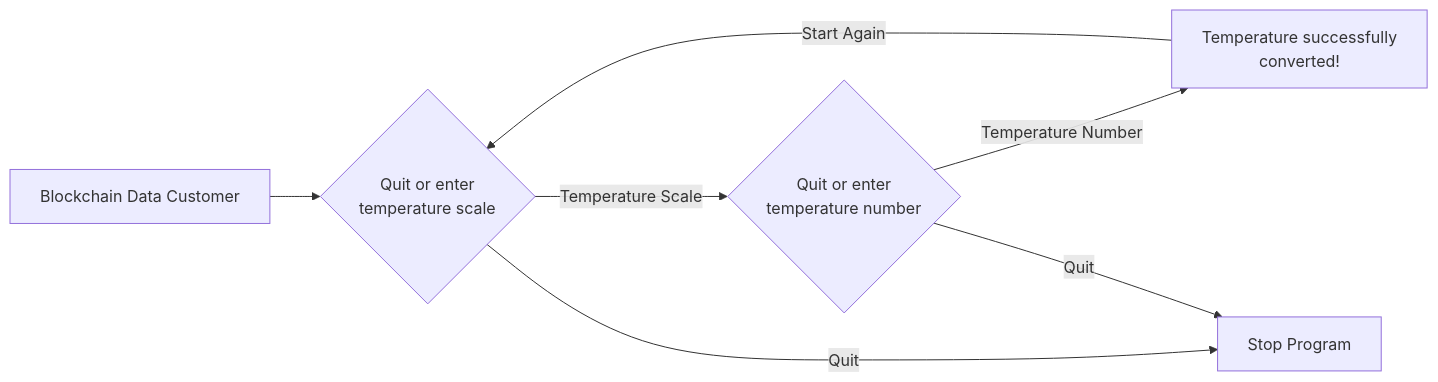
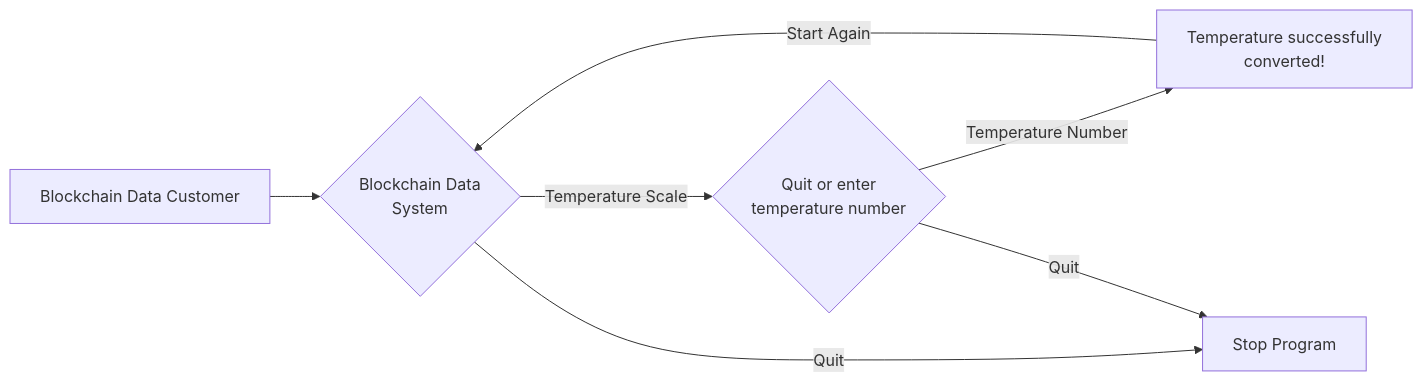
One commit to patmcfarland/one changed the diagram in README.md. Above: the diagram before and after it, drawn with Mermaid.

````diff
--- a/README.md
+++ b/README.md
@@ -1,9 +1,9 @@
 ```mermaid
 flowchart LR
-A[Blockchain Data Customer] -->B{Quit or  enter<br>temperature scale}
+A[Blockchain Data Customer] -->B{Blockchain Data<br>System}
 B -- Temperature Scale --> C{Quit or enter<br>temperature number} 
 C -- Temperature Number --> D[Temperature successfully<br>converted!] 
 D -- Start Again -->B
 B -- Quit --> E[Stop Program]
 C -- Quit --> E
 ```
````
